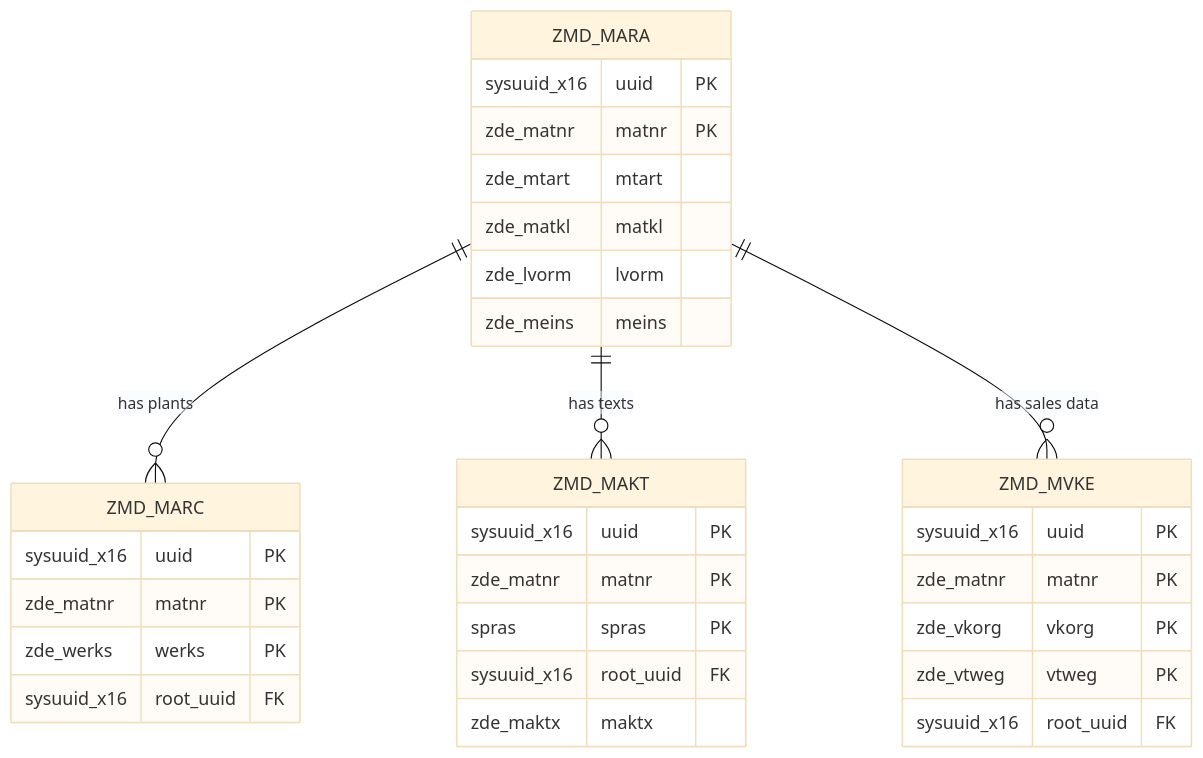
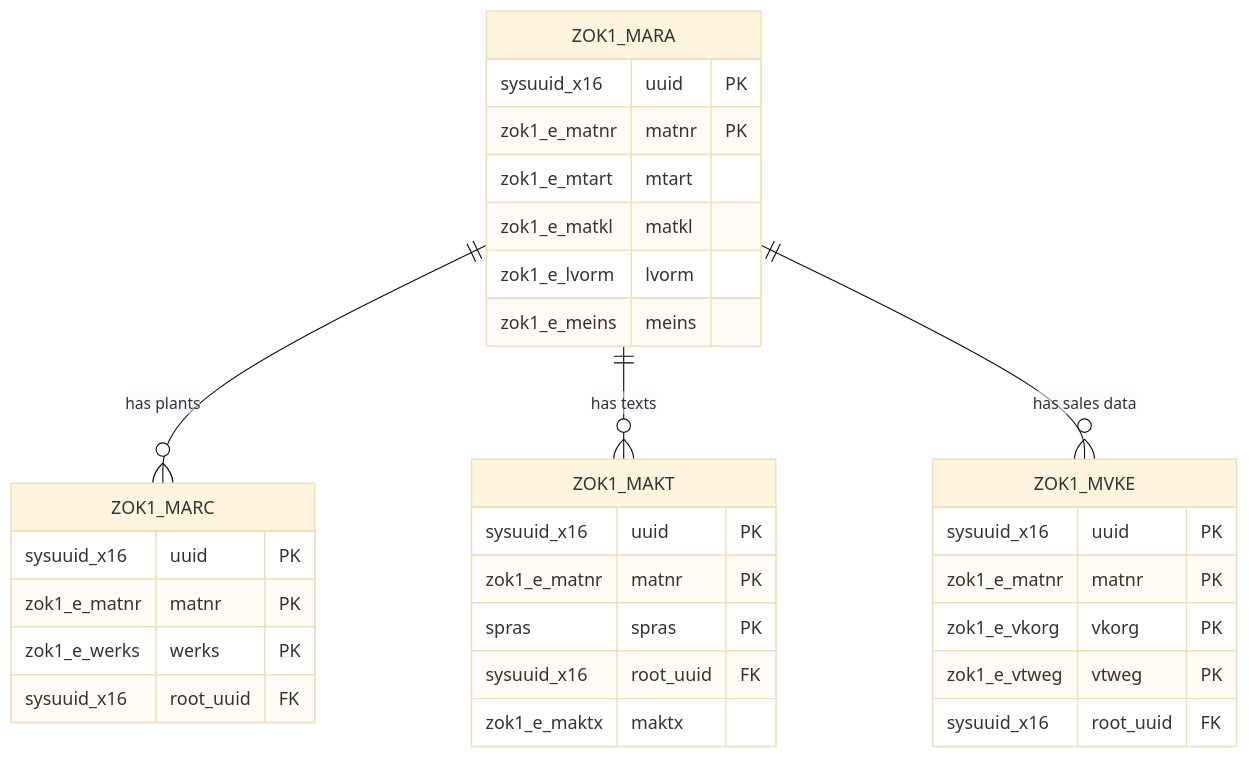
The third of 10 diagrams in docs/tutorials/rap-bo-creation.md (fr0ster/cloud-llm-hub), drawn with Mermaid (base theme) before and after one commit. The commit also changed other lines of this file, not shown here.

````diff
--- a/docs/tutorials/rap-bo-creation.md
+++ b/docs/tutorials/rap-bo-creation.md
@@ -91,38 +121,38 @@
 ```mermaid
 erDiagram
-    ZMD_MARA ||--o{ ZMD_MARC : "has plants"
-    ZMD_MARA ||--o{ ZMD_MAKT : "has texts"
-    ZMD_MARA ||--o{ ZMD_MVKE : "has sales data"
+    ZOK1_MARA ||--o{ ZOK1_MARC : "has plants"
+    ZOK1_MARA ||--o{ ZOK1_MAKT : "has texts"
+    ZOK1_MARA ||--o{ ZOK1_MVKE : "has sales data"
 
-    ZMD_MARA {
+    ZOK1_MARA {
         sysuuid_x16 uuid PK
-        zde_matnr matnr PK
-        zde_mtart mtart
-        zde_matkl matkl
-        zde_lvorm lvorm
-        zde_meins meins
+        zok1_e_matnr matnr PK
+        zok1_e_mtart mtart
+        zok1_e_matkl matkl
+        zok1_e_lvorm lvorm
+        zok1_e_meins meins
     }
 
-    ZMD_MARC {
+    ZOK1_MARC {
         sysuuid_x16 uuid PK
-        zde_matnr matnr PK
-        zde_werks werks PK
+        zok1_e_matnr matnr PK
+        zok1_e_werks werks PK
         sysuuid_x16 root_uuid FK
     }
 
-    ZMD_MAKT {
+    ZOK1_MAKT {
         sysuuid_x16 uuid PK
-        zde_matnr matnr PK
+        zok1_e_matnr matnr PK
         spras spras PK
         sysuuid_x16 root_uuid FK
-        zde_maktx maktx
+        zok1_e_maktx maktx
     }
 
-    ZMD_MVKE {
+    ZOK1_MVKE {
         sysuuid_x16 uuid PK
-        zde_matnr matnr PK
-        zde_vkorg vkorg PK
-        zde_vtweg vtweg PK
+        zok1_e_matnr matnr PK
+        zok1_e_vkorg vkorg PK
+        zok1_e_vtweg vtweg PK
         sysuuid_x16 root_uuid FK
     }
 ```
````
